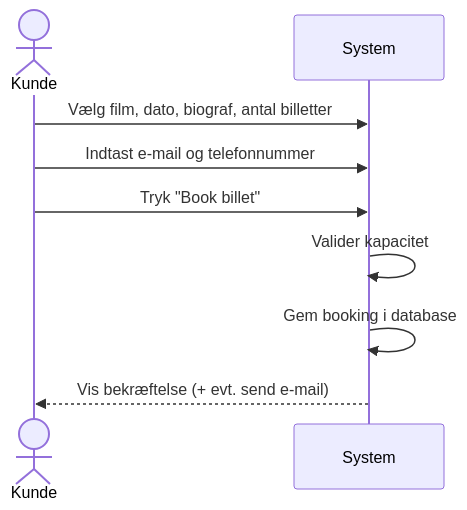
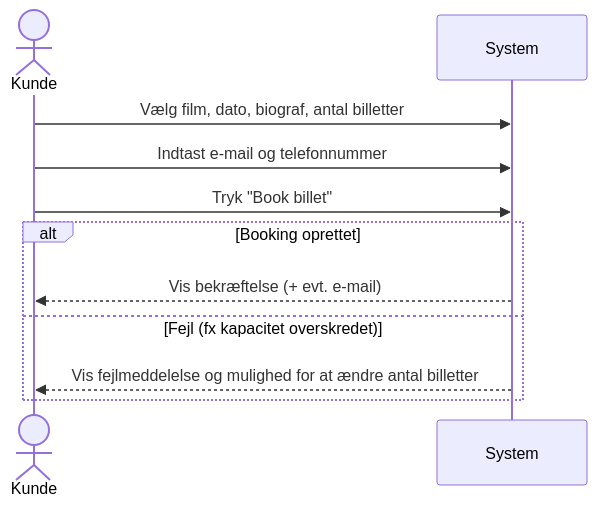
One commit to DMOoF25/TheMovie changed the diagram in docs/Scenarie 3 UC2/SD S3 UC2.mmd. Above: the diagram before and after it, drawn with Mermaid.

Commit message:
Update SD S3 UC2.mmd

```diff
--- a/docs/Scenarie 3 UC2/SD S3 UC2.mmd
+++ b/docs/Scenarie 3 UC2/SD S3 UC2.mmd
@@ -1,10 +1,12 @@
 sequenceDiagram
     actor Kunde
     participant System
 
     Kunde->>System: Vælg film, dato, biograf, antal billetter
     Kunde->>System: Indtast e-mail og telefonnummer
     Kunde->>System: Tryk "Book billet"
-    System->>System: Valider kapacitet
-    System->>System: Gem booking i database
-    System-->>Kunde: Vis bekræftelse (+ evt. send e-mail)
+    alt Booking oprettet
+        System-->>Kunde: Vis bekræftelse (+ evt. e-mail)
+    else Fejl (fx kapacitet overskredet)
+        System-->>Kunde: Vis fejlmeddelelse og mulighed for at ændre antal billetter
+    end
```
